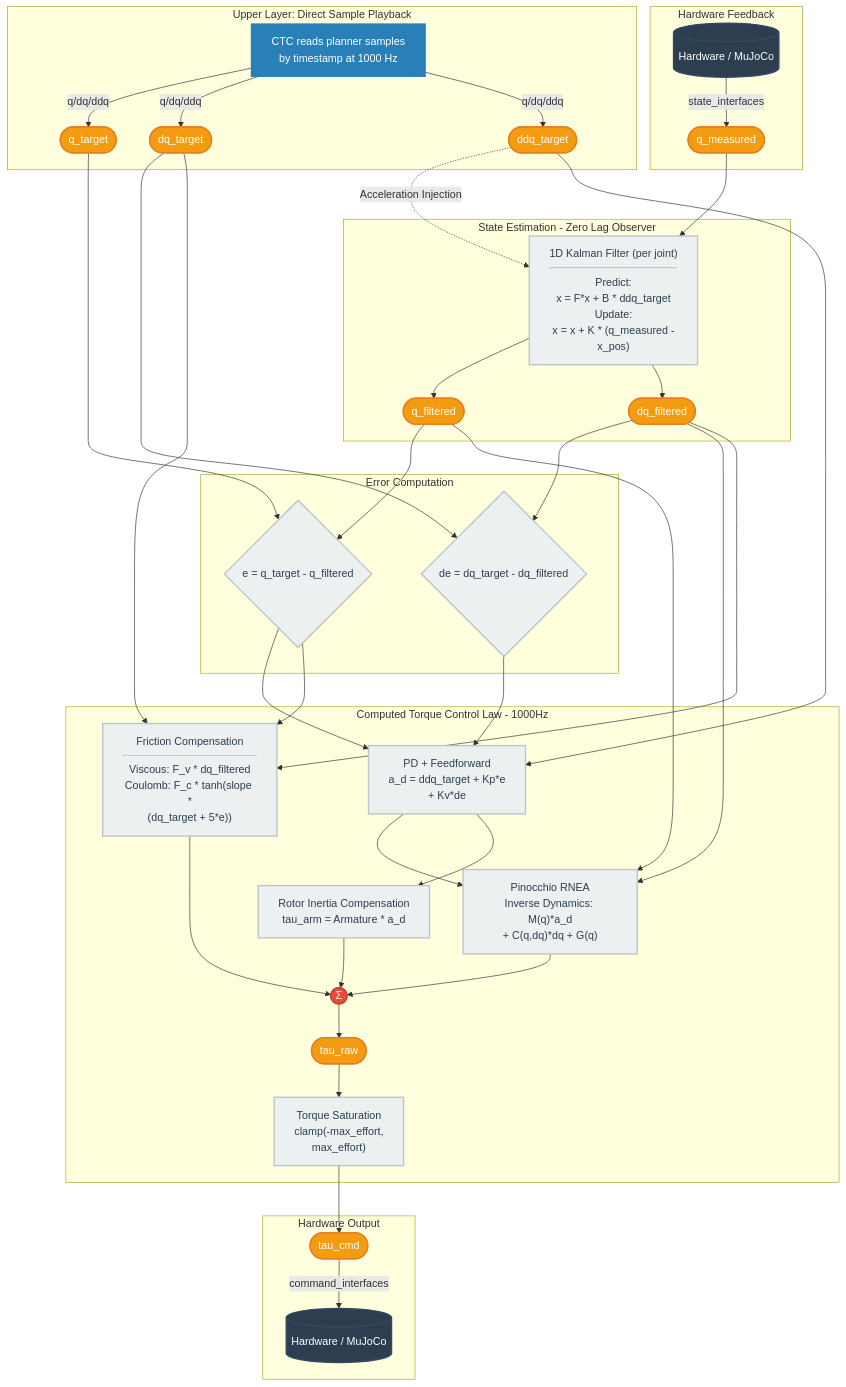
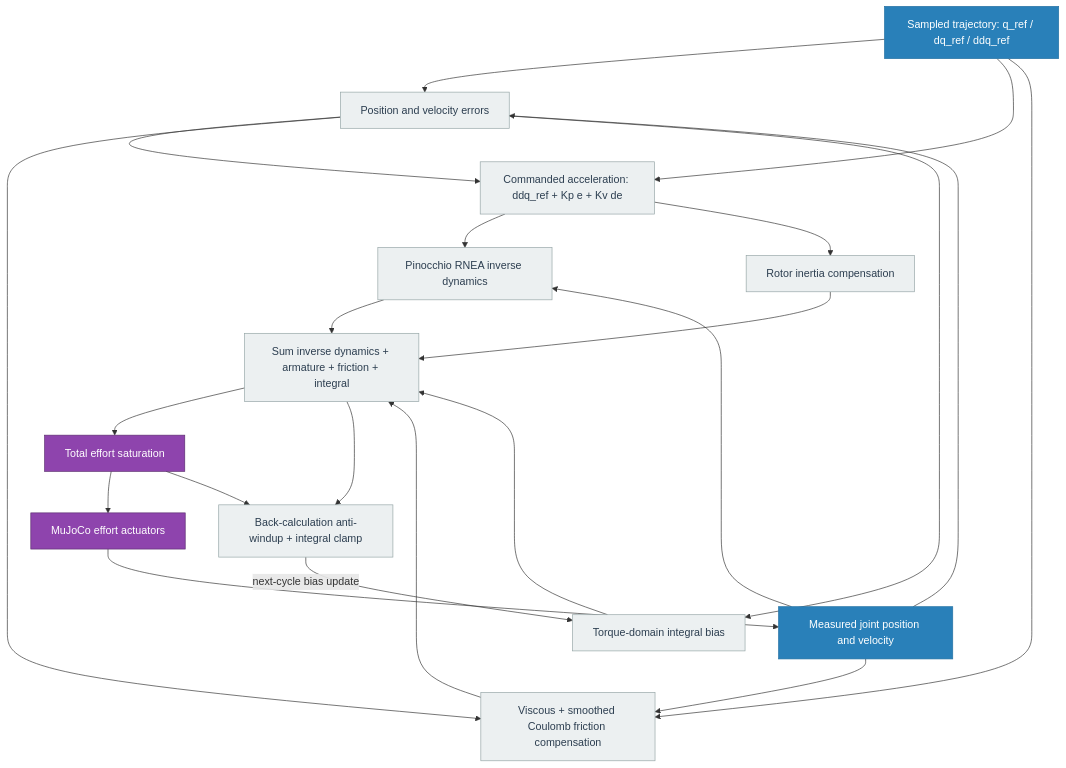
One commit to Tianyi-Wang-1206/Six-Axis-Robot-Trajectory-Planning-Dynamic-Control-and-Compliance-Control-Based-on-ROS-2-and-MuJoCo changed the second of 2 diagrams in README.md. Above: the diagram before and after it, drawn with Mermaid. The commit also changed other lines of this file, not shown here.

````diff
--- a/README.md
+++ b/README.md
@@ -123,70 +116,41 @@
 ```mermaid
 flowchart TD
-    %% Define Styles
-    classDef hardware fill:#2c3e50,stroke:#34495e,stroke-width:2px,color:#fff;
-    classDef trajectory fill:#2980b9,stroke:#2980b9,stroke-width:2px,color:#fff;
-    classDef data fill:#f39c12,stroke:#e67e22,stroke-width:2px,color:#fff,shape:pill;
-    classDef calc fill:#ecf0f1,stroke:#bdc3c7,stroke-width:2px,color:#2c3e50;
-    classDef sum fill:#e74c3c,stroke:#c0392b,stroke-width:2px,color:#fff,shape:circle;
+    classDef data fill:#2980b9,stroke:#2471a3,color:#fff;
+    classDef calc fill:#ecf0f1,stroke:#95a5a6,color:#2c3e50;
+    classDef output fill:#8e44ad,stroke:#5b2c6f,color:#fff;
 
-    %% 1. Upstream Layer
-    subgraph L1 [Upper Layer: Direct Sample Playback]
-        Samples[CTC reads planner samples<br/>by timestamp at 1000 Hz]:::trajectory
-        Samples -- q/dq/ddq --> Q_T([q_target]):::data
-        Samples -- q/dq/ddq --> DQ_T([dq_target]):::data
-        Samples -- q/dq/ddq --> DDQ_T([ddq_target]):::data
-    end
+    REF[Sampled trajectory: q_ref / dq_ref / ddq_ref]:::data
+    MEAS[Measured joint position and velocity]:::data
+    ERR[Position and velocity errors]:::calc
+    ACC[Commanded acceleration: ddq_ref + Kp e + Kv de]:::calc
+    RNEA[Pinocchio RNEA inverse dynamics]:::calc
+    ARM[Rotor inertia compensation]:::calc
+    FRIC[Viscous + smoothed Coulomb friction compensation]:::calc
+    INT[Torque-domain integral bias]:::calc
+    SUM[Sum inverse dynamics + armature + friction + integral]:::calc
+    SAT[Total effort saturation]:::output
+    HW[MuJoCo effort actuators]:::output
+    AW[Back-calculation anti-windup + integral clamp]:::calc
 
-    %% 2. Hardware Feedback
-    subgraph L2 [Hardware Feedback]
-        HW_Read[(Hardware / MuJoCo)]:::hardware
-        HW_Read -- state_interfaces --> Q_M([q_measured]):::data
-    end
-
-    %% 3. State Estimator (Zero-Lag Observer)
-    subgraph L3 [State Estimation - Zero Lag Observer]
-        KF["1D Kalman Filter (per joint)<hr/>Predict:<br/>x = F*x + B * ddq_target<br/>Update:<br/>x = x + K * (q_measured -<br/>x_pos)"]:::calc
-        Q_M --> KF
-        DDQ_T -. Acceleration Injection .-> KF
-        KF --> Q_F([q_filtered]):::data
-        KF --> DQ_F([dq_filtered]):::data
-    end
-
-    %% 4. Error Computation
-    subgraph L4 [Error Computation]
-        Q_T --> ERR_Q{"e = q_target - q_filtered"}:::calc
-        Q_F --> ERR_Q
-        DQ_T --> ERR_DQ{"de = dq_target - dq_filtered"}:::calc
-        DQ_F --> ERR_DQ
-    end
-
-    %% 5. Control Law & Dynamics
-    subgraph L5 [Computed Torque Control Law - 1000Hz]
-        ERR_Q --> PD["PD + Feedforward<br/>a_d = ddq_target + Kp*e<br/>+ Kv*de"]:::calc
-        ERR_DQ --> PD
-        DDQ_T --> PD
-
-        PD --> RNEA["Pinocchio RNEA<br/>Inverse Dynamics: M(q)*a_d<br/>+ C(q,dq)*dq + G(q)"]:::calc
-        Q_F --> RNEA
-        DQ_F --> RNEA
-
-        PD --> ARM["Rotor Inertia Compensation<br/>tau_arm = Armature * a_d"]:::calc
-
-        DQ_F --> FRIC["Friction Compensation<hr/>Viscous: F_v * dq_filtered<br/>Coulomb: F_c * tanh(slope *<br/>(dq_target + 5*e))"]:::calc
-        DQ_T --> FRIC
-        ERR_Q --> FRIC
-
-        RNEA --> SUM(("Σ")):::sum
-        ARM --> SUM
-        FRIC --> SUM
-
-        SUM --> TAU_RAW([tau_raw]):::data
-        TAU_RAW --> SAT["Torque Saturation<br/>clamp(-max_effort,<br/>max_effort)"]:::calc
-    end
-
-    %% 6. Hardware Output
-    subgraph L6 [Hardware Output]
-        SAT --> TAU_CMD([tau_cmd]):::data
-        TAU_CMD -- command_interfaces --> HW_Write[(Hardware / MuJoCo)]:::hardware
-    end
+    REF --> ERR
+    MEAS --> ERR
+    REF --> ACC
+    ERR --> ACC
+    ACC --> RNEA
+    MEAS --> RNEA
+    ACC --> ARM
+    MEAS --> FRIC
+    REF --> FRIC
+    ERR --> FRIC
+    ERR --> INT
+    RNEA --> SUM
+    ARM --> SUM
+    FRIC --> SUM
+    INT --> SUM
+    SUM --> SAT
+    SAT --> HW
+    HW --> MEAS
+    SUM --> AW
+    SAT --> AW
+    AW -->|next-cycle bias update| INT
 ```
````
